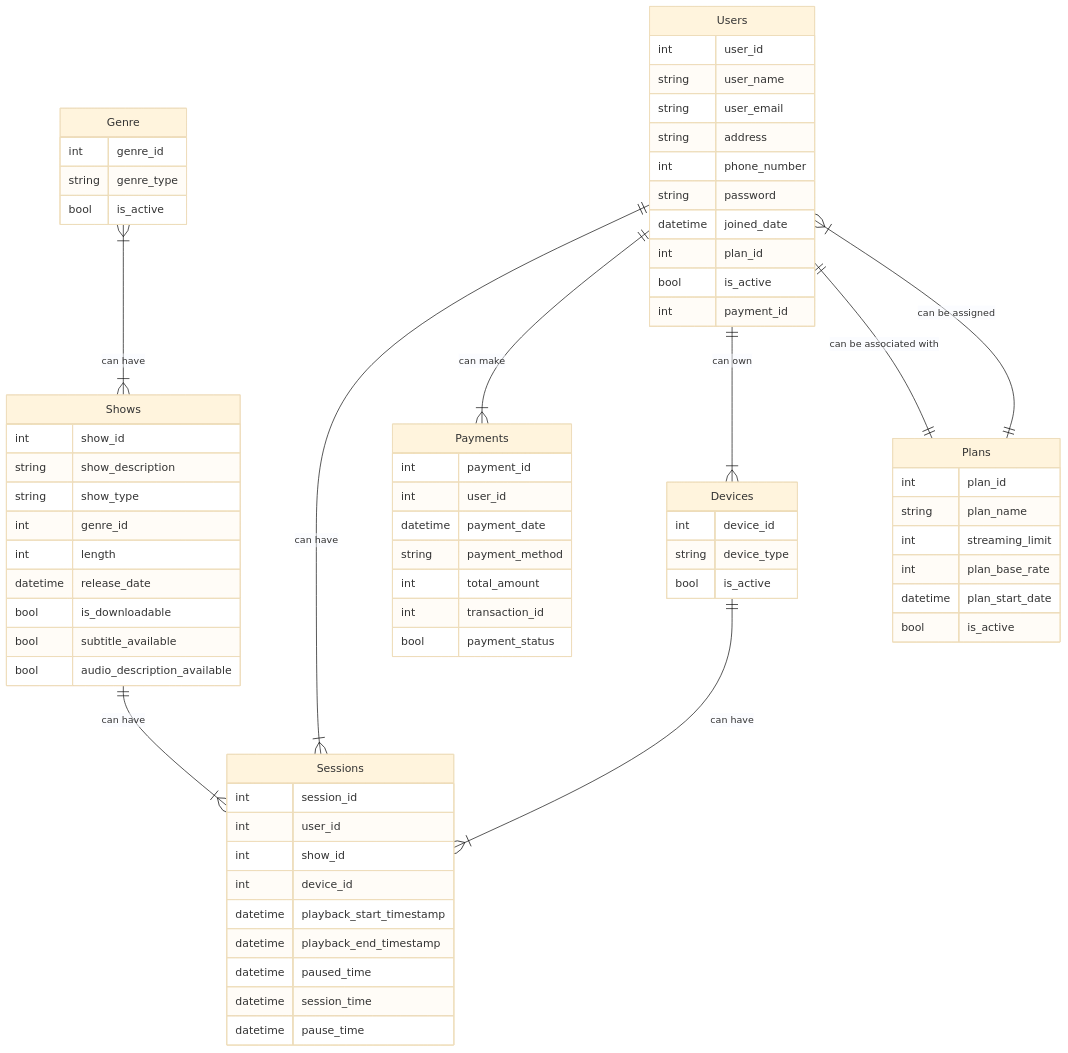
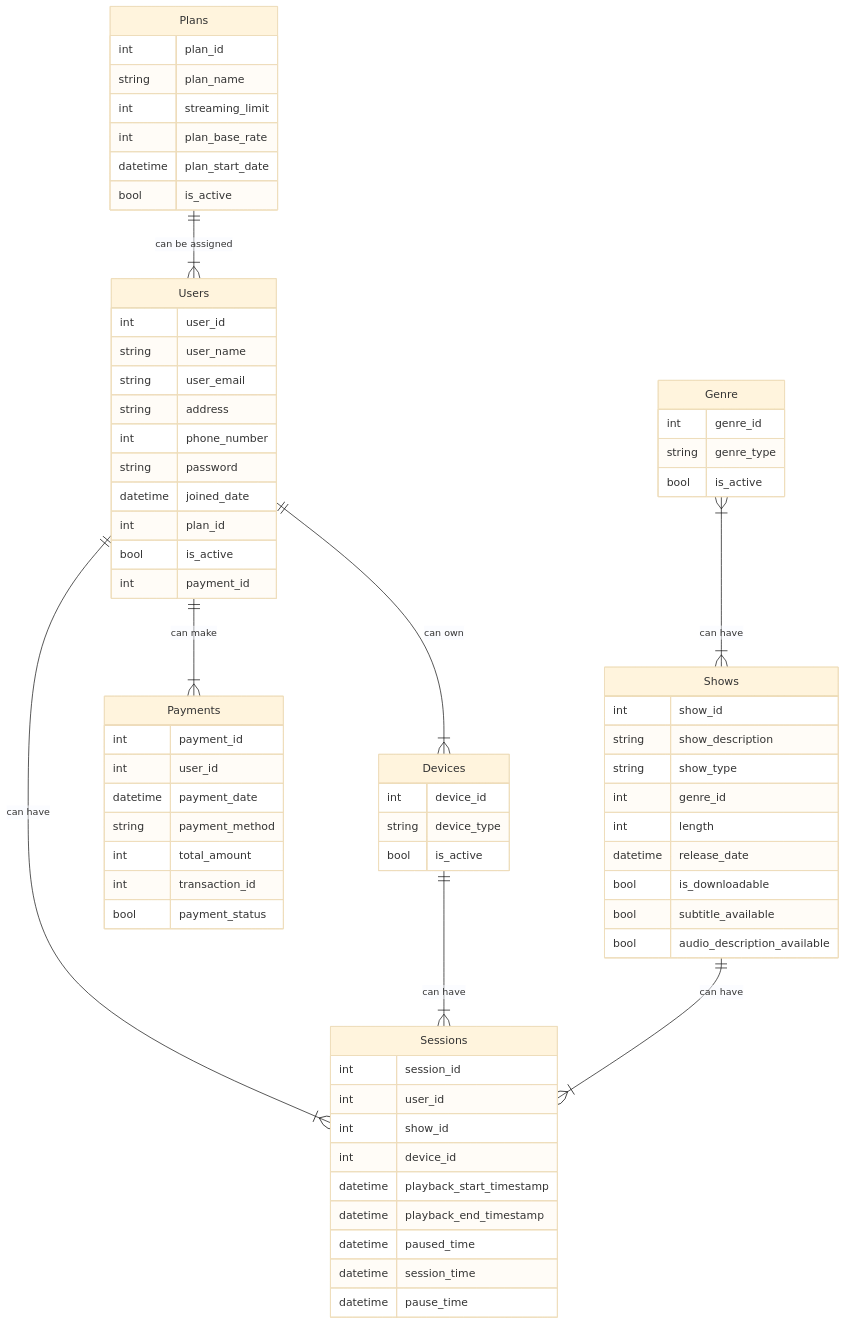
Before and after one commit to vidishsirdesai/video_streaming_platforms_hld: the diagram in README.md, drawn with Mermaid (base theme).

````diff
--- a/README.md
+++ b/README.md
@@ -139,72 +139,71 @@
 ```mermaid
 erDiagram
     a["Users"] {
         int user_id
         string user_name
         string user_email
         string address
         int phone_number
         string password
         datetime joined_date
         int plan_id
         bool is_active
         int payment_id
     }
     b["Shows"] {
         int show_id
         string show_description
         string show_type
         int genre_id
         int length
         datetime release_date
         bool is_downloadable
         bool subtitle_available 
         bool audio_description_available
     }
     c["Sessions"] {
         int session_id
         int user_id
         int show_id
         int device_id
         datetime playback_start_timestamp
         datetime playback_end_timestamp
         datetime paused_time
         datetime session_time
         datetime pause_time
     }
     d["Genre"] {
         int genre_id
         string genre_type
         bool is_active
     }
     e["Devices"] {
         int device_id
         string device_type
         bool is_active
     }
     f["Plans"] {
         int plan_id
         string plan_name
         int streaming_limit
         int plan_base_rate
         datetime plan_start_date
         bool is_active
     }
     g["Payments"] {
         int payment_id
         int user_id
         datetime payment_date
         string payment_method
         int total_amount
         int transaction_id
         bool payment_status
     }
     a ||--|{ c : "can have"
     a ||--|{ g : "can make"
     b ||--|{ c : "can have"
     e ||--|{ c : "can have"
     f ||--|{ a : "can be assigned"
     d }|--|{ b : "can have"
     a ||--|{ e : "can own"
-    a ||--|| f : "can be associated with"
 ```
````
